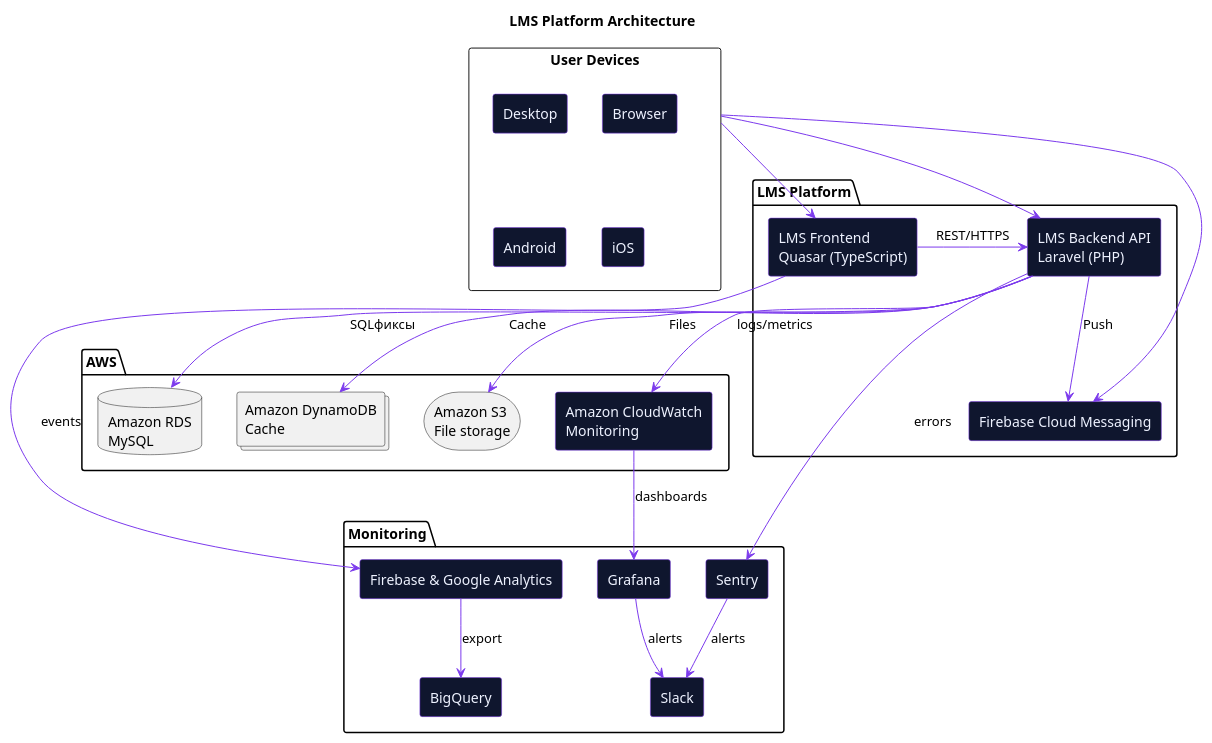
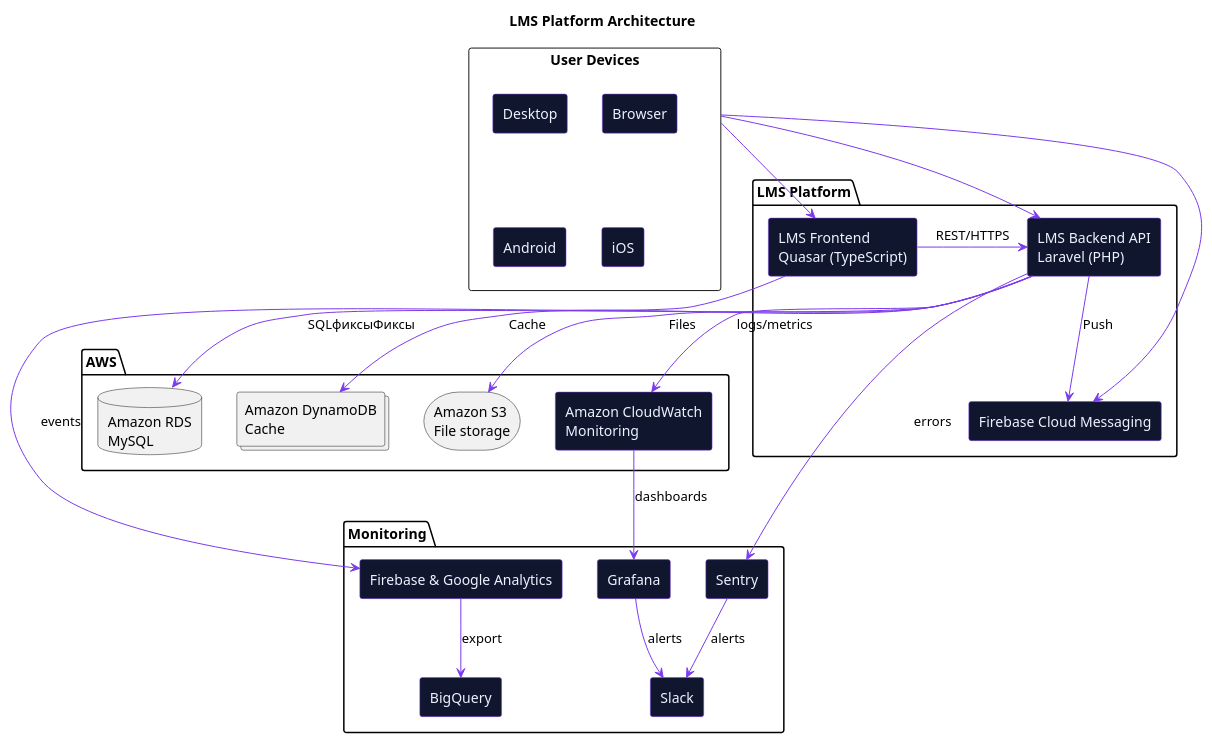
One commit to metroproliv/TestWork changed the diagram in puml/architecture.puml. Above: the diagram before and after it, drawn with PlantUML. The commit also changed 3 other files, not shown here.

```diff
--- a/puml/architecture.puml
+++ b/puml/architecture.puml
@@ -1,58 +1,58 @@
 @startuml LMS_Architecture
 title LMS Platform Architecture
 skinparam backgroundColor transparent
 skinparam componentStyle rectangle
 skinparam wrapWidth 200
 skinparam shadowing false
 skinparam ArrowColor #7c3aed
 skinparam componentBorderColor #7c3aed
 skinparam componentBackgroundColor #0f162e
 skinparam componentFontColor #eef2ff
 
 rectangle "User Devices" as devices {
   [Desktop]
   [Browser]
   [Android]
   [iOS]
 }
 
 package "LMS Platform" as platform {
   component "LMS Frontend\nQuasar (TypeScript)" as frontend
   component "LMS Backend API\nLaravel (PHP)" as api
   component "Firebase Cloud Messaging" as fcm
 }
 
 package "AWS" as aws {
   database "Amazon RDS\nMySQL" as rds
   collections "Amazon DynamoDB\nCache" as ddb
   storage "Amazon S3\nFile storage" as s3
   component "Amazon CloudWatch\nMonitoring" as cw
 }
 
 package "Monitoring" as mon {
   component "Firebase & Google Analytics" as ga
   component "BigQuery" as bq
   component "Sentry" as sentry
   component "Grafana" as grafana
   component "Slack" as slack
 }
 
 devices -down-> frontend
 devices -down-> api
 devices -down-> fcm
 
 frontend -right-> api : REST/HTTPS
-api -right-> rds : SQLфиксы
+api -right-> rds : SQLфиксыФиксы 
 api -right-> ddb : Cache
 api -right-> s3 : Files
 api -down-> fcm : Push
 
 frontend -down-> ga : events
 api -down-> cw : logs/metrics
 api -down-> sentry : errors
 ga -down-> bq : export
 cw -down-> grafana : dashboards
 sentry -down-> slack : alerts
 grafana -down-> slack : alerts
 
 @enduml
```
